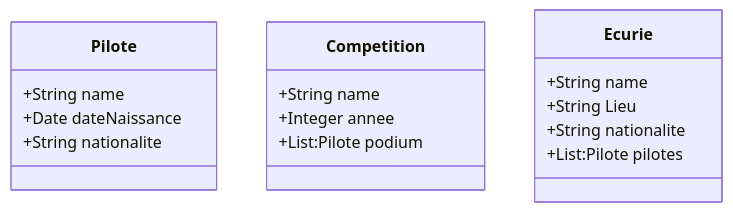
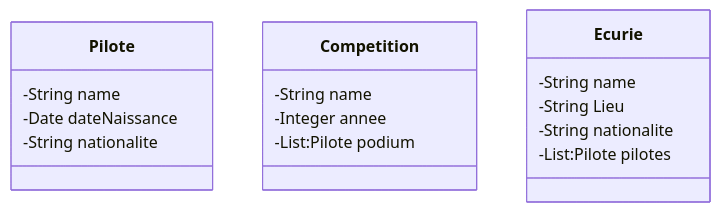
One commit to juju630/ClientServeurNoSQL changed the diagram in README.md. Above: the diagram before and after it, drawn with Mermaid. The commit also changed other lines of this file, not shown here.

````diff
--- a/README.md
+++ b/README.md
@@ -18,21 +17,21 @@
 ```mermaid
 classDiagram
       class Pilote{
-      +String name
-      +Date dateNaissance
-      +String nationalite
+            -String name
+            -Date dateNaissance
+            -String nationalite
       }
       
       class Competition{
-          +String name
-          +Integer annee
-          +List:Pilote podium
+            -String name
+            -Integer annee
+            -List:Pilote podium
       }
       
       class Ecurie{
-        +String name
-        +String Lieu
-        +String nationalite
-        +List:Pilote pilotes
+             -String name
+             -String Lieu
+             -String nationalite
+             -List:Pilote pilotes
       }
 ```
````
